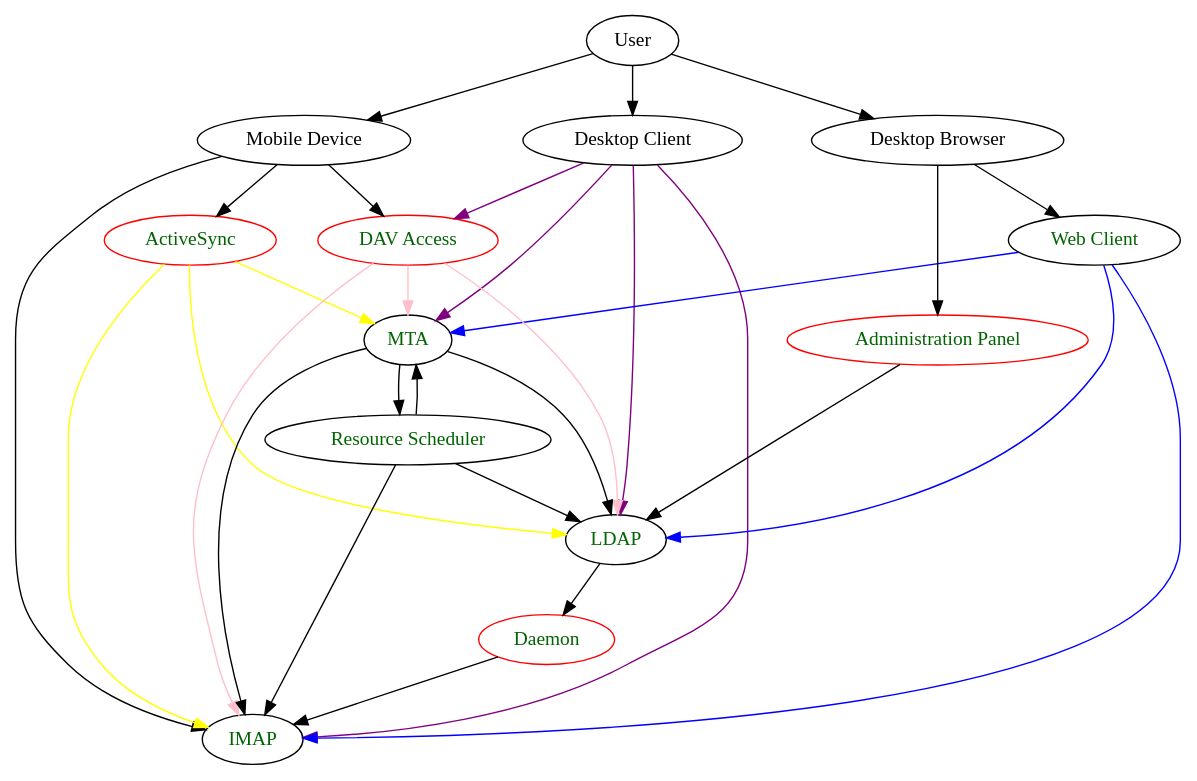
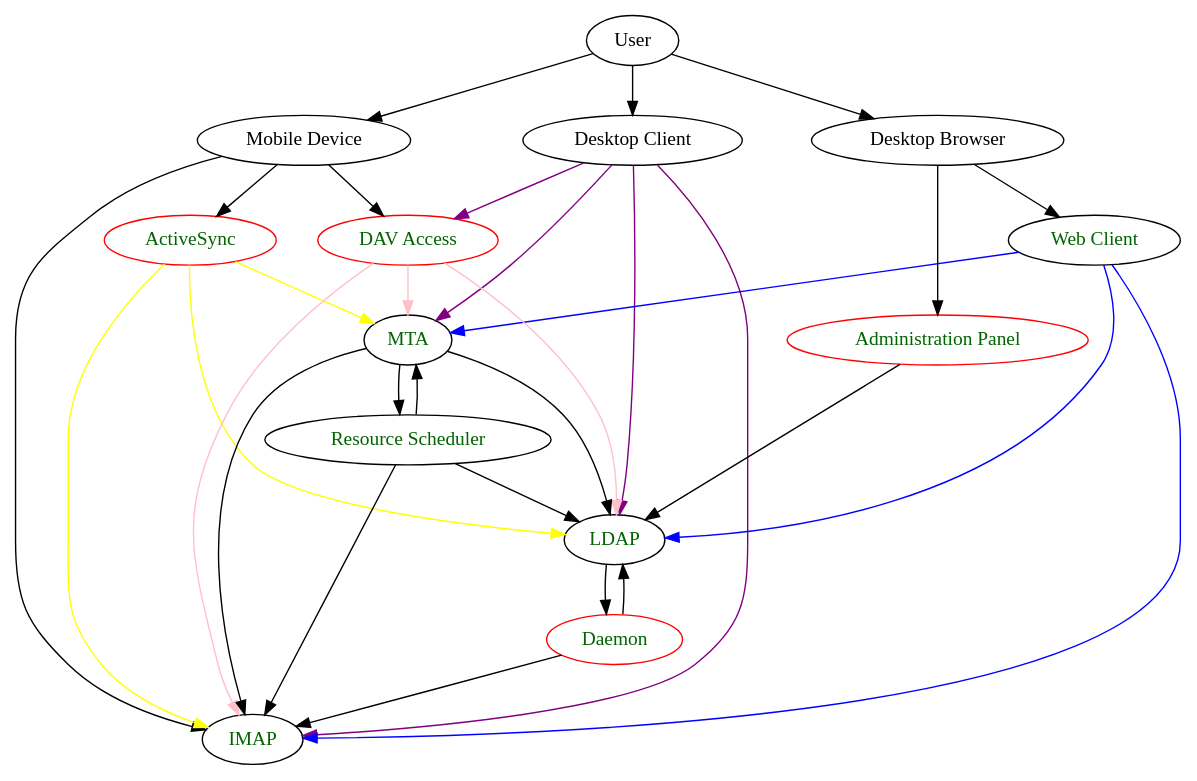
The diagram in source/architecture-and-design/introduction.rst (kanarip/kolab-docs), drawn with Graphviz before and after one commit. The commit also changed other lines of this file and 2 other files, not shown here.

Commit message:
Update architecture and design

```diff
--- a/source/architecture-and-design/introduction.rst
+++ b/source/architecture-and-design/introduction.rst
@@ -188,29 +226,30 @@
 .. graphviz::
 
     digraph overview {
             "Desktop Client";
             "Mobile Device";
             "Web Client" [fontcolor=darkgreen];
             "Administration Panel" [color=red,fontcolor=darkgreen];
             "ActiveSync" [color=red,fontcolor=darkgreen];
             "DAV Access" [color=red,fontcolor=darkgreen];
             "IMAP" [fontcolor=darkgreen];
             "LDAP" [fontcolor=darkgreen];
             "MTA" [fontcolor=darkgreen];
             "Daemon" [color=red,fontcolor=darkgreen];
             "Resource Scheduler" [fontcolor=darkgreen];
 
             "User" -> "Desktop Client", "Desktop Browser", "Mobile Device";
             "Desktop Browser" -> "Web Client", "Administration Panel";
             "Mobile Device" -> "ActiveSync", "DAV Access", "IMAP";
 
             "Desktop Client" -> "IMAP", "LDAP", "MTA", "DAV Access" [color=purple];
             "DAV Access" -> "IMAP", "LDAP", "MTA" [color=pink];
             "Web Client" -> "IMAP", "LDAP", "MTA" [color=blue];
             "ActiveSync" -> "IMAP", "LDAP", "MTA" [color=yellow];
             "MTA" -> "LDAP", "IMAP";
             "LDAP" -> "Daemon" -> "IMAP";
+            "Daemon" -> "LDAP";
             "MTA" -> "Resource Scheduler" -> "MTA", "LDAP", "IMAP";
 
             "Administration Panel" -> "LDAP";
         }
```
